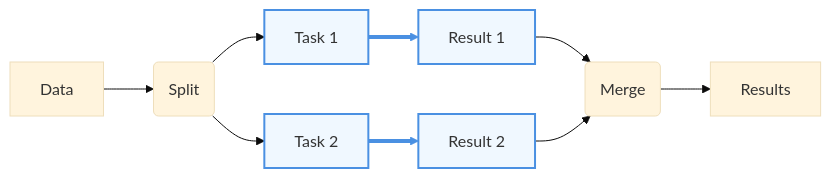
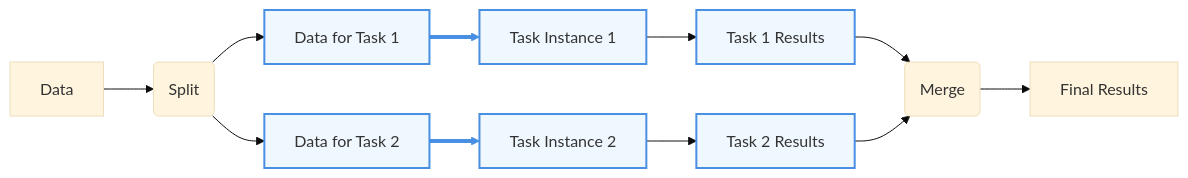
One commit to 7FeiW/Incomplete_guide changed the first of 2 diagrams in docs/12_Go_With_Large_Scale.md. Above: the diagram before and after it, drawn with Mermaid (base theme). The commit also changed other lines of this file, not shown here.

Commit message:
update figure

````diff
--- a/docs/12_Go_With_Large_Scale.md
+++ b/docs/12_Go_With_Large_Scale.md
@@ -31,21 +31,29 @@
 ```mermaid
 
 flowchart LR
     A[Data] --> B(Split)
-    B --> C1[Task 1]
-    B --> C2[Task 2]
-    C1 --> D1[Result 1]
-    C2 --> D2[Result 2]
-    D1 --> E(Merge)
-    D2 --> E
-    E --> F[Results]
+    B --> C1[Data for Task 1]
+    B --> C2[Data for Task 2]
+    C1 --> D1[Task Instance 1]
+    C2 --> D2[Task Instance 2]
+    D1 --> E1[Task 1 Results]
+    D2 --> E2[Task 2 Results]
+    E1 --> F(Merge)
+    E2 --> F
+    F --> G[Final Results]
 
     classDef highlight fill:#f0f8ff,stroke:#4a90e2,stroke-width:2px;
 
     class C1,D1 highlight
     linkStyle 3 stroke:#4a90e2,stroke-width:4px,stroke-dasharray:0;
 
     class C2,D2 highlight
     linkStyle 4 stroke:#4a90e2,stroke-width:4px,stroke-dasharray:0;
 
+    class D1,E1 highlight
+    linkStyle 3 stroke:#4a90e2,stroke-width:4px,stroke-dasharray:0;
+
+    class D2,E2 highlight
+    linkStyle 4 stroke:#4a90e2,stroke-width:4px,stroke-dasharray:0;
+
 ```
````
